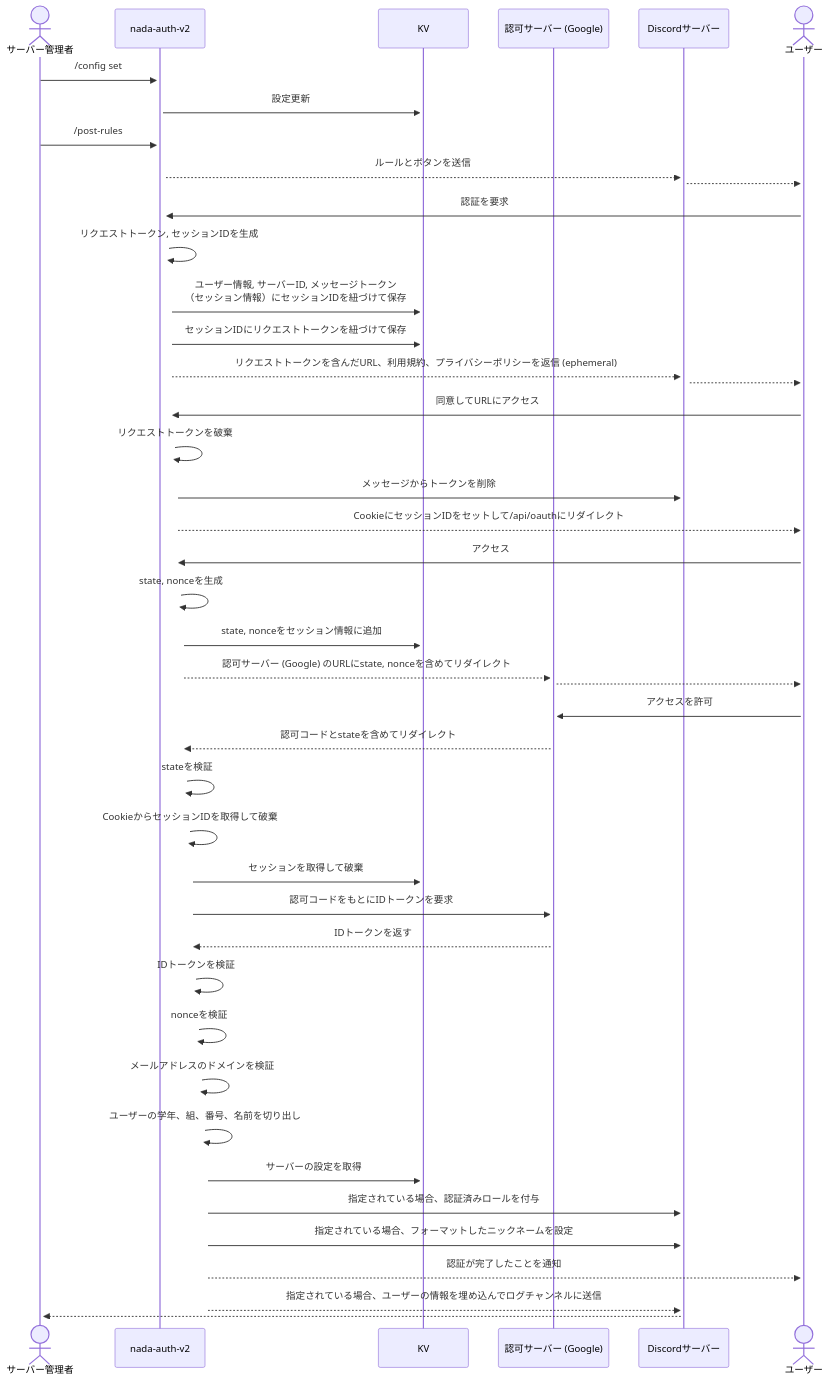
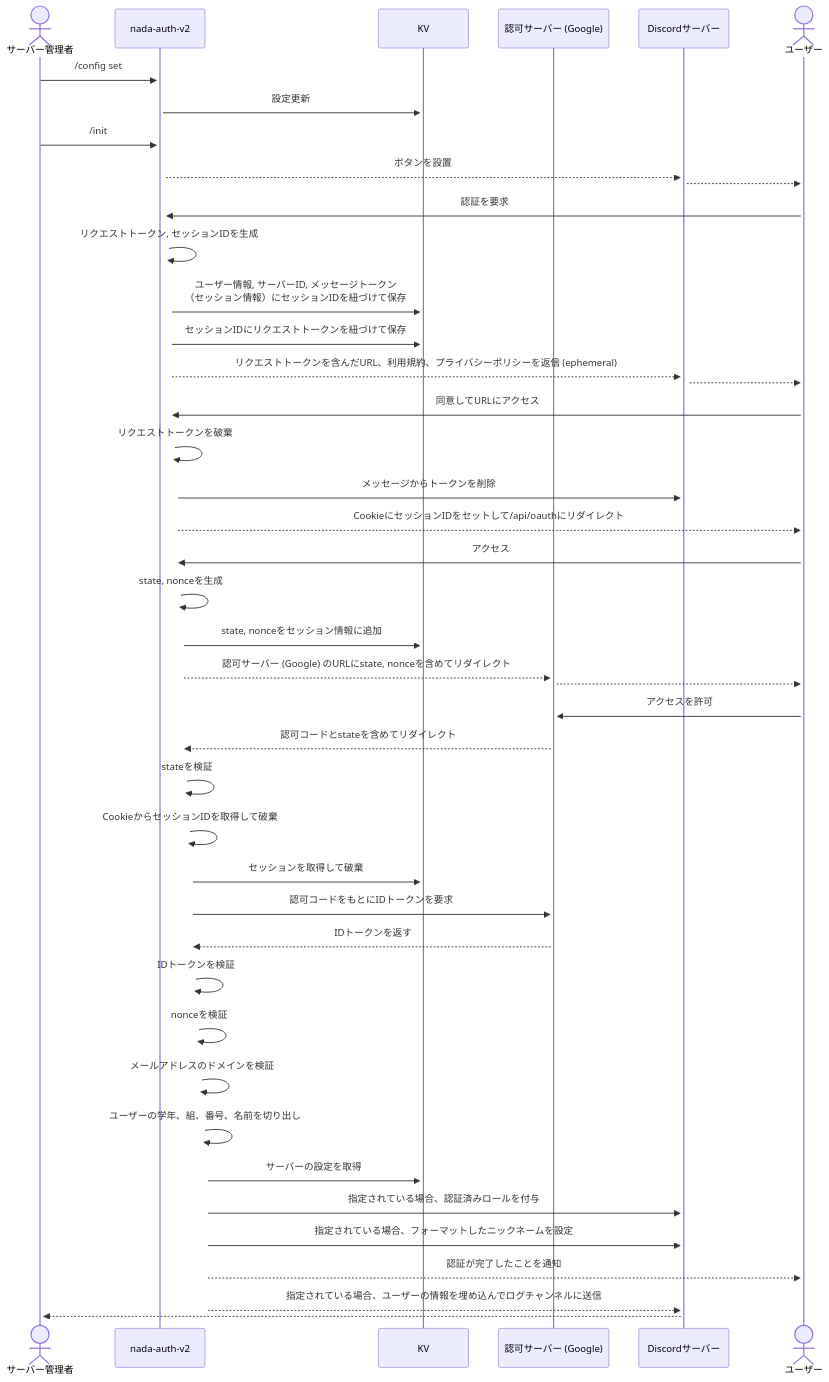
The diagram in README.md (NadaDigitalCommittee/nada-auth-v2), drawn with Mermaid before and after one commit.

Commit message:
Update README.md in accordance with c7e1194

````diff
--- a/README.md
+++ b/README.md
@@ -8,47 +8,47 @@
 ```mermaid
 sequenceDiagram
     actor admin as サーバー管理者
     participant app as nada-auth-v2
     participant KV
     participant google as 認可サーバー (Google)
     participant discord as Discordサーバー
     actor user as ユーザー
 
     admin->>+app: /config set
     app->>+KV: 設定更新
-    admin->>+app: /post-rules
-    app-->>+discord: ルールとボタンを送信
+    admin->>+app: /init
+    app-->>+discord: ボタンを設置
     discord-->>+user: ;
     user->>+app: 認証を要求
     app->>+app: リクエストトークン, セッションIDを生成
     app->>+KV: ユーザー情報, サーバーID, メッセージトークン<br>（セッション情報）にセッションIDを紐づけて保存
     app->>+KV: セッションIDにリクエストトークンを紐づけて保存
     app-->>+discord: リクエストトークンを含んだURL、利用規約、プライバシーポリシーを返信 (ephemeral)
     discord-->>+user: ;
     user->>+app: 同意してURLにアクセス
     app->>+app: リクエストトークンを破棄
     app->>+discord: メッセージからトークンを削除
     app-->>+user: CookieにセッションIDをセットして/api/oauthにリダイレクト
     user->>+app: アクセス;
     app->>+app: state, nonceを生成
     app->>+KV: state, nonceをセッション情報に追加
     app-->>+google: 認可サーバー (Google) のURLにstate, nonceを含めてリダイレクト
     google-->>+user: ;
     user->>+google: アクセスを許可
     google-->>+app: 認可コードとstateを含めてリダイレクト
     app->>+app: stateを検証
     app->>+app: CookieからセッションIDを取得して破棄
     app->>+KV: セッションを取得して破棄
     app->>+google: 認可コードをもとにIDトークンを要求
     google-->>+app: IDトークンを返す
     app->>+app: IDトークンを検証
     app->>+app: nonceを検証
     app->>+app: メールアドレスのドメインを検証
     app->>+app: ユーザーの学年、組、番号、名前を切り出し
     app->>+KV: サーバーの設定を取得
     app->>+discord: 指定されている場合、認証済みロールを付与
     app->>+discord: 指定されている場合、フォーマットしたニックネームを設定
     app-->>+user: 認証が完了したことを通知
     app-->>+discord: 指定されている場合、ユーザーの情報を埋め込んでログチャンネルに送信
     discord-->>+admin: ;
 ```
````
